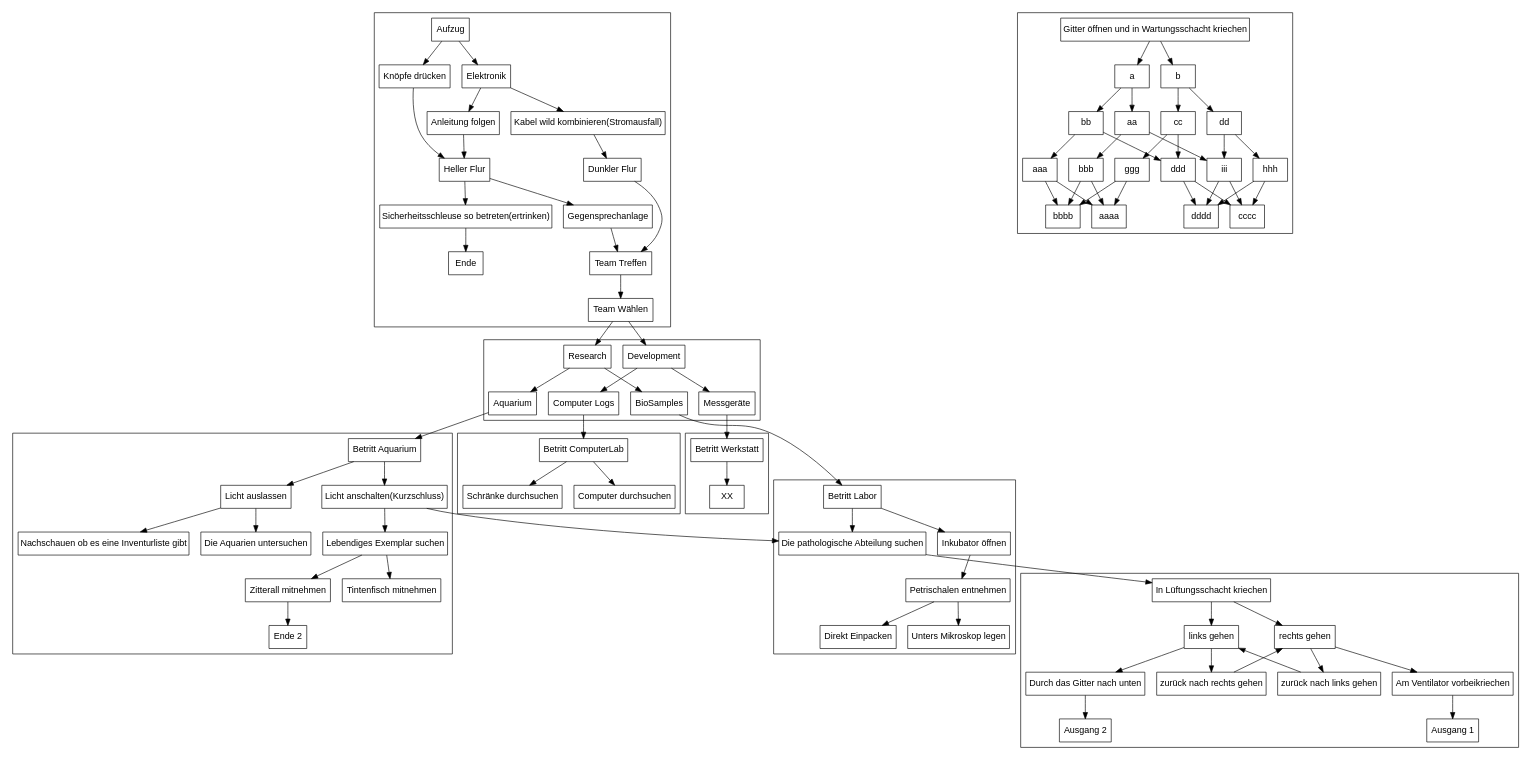
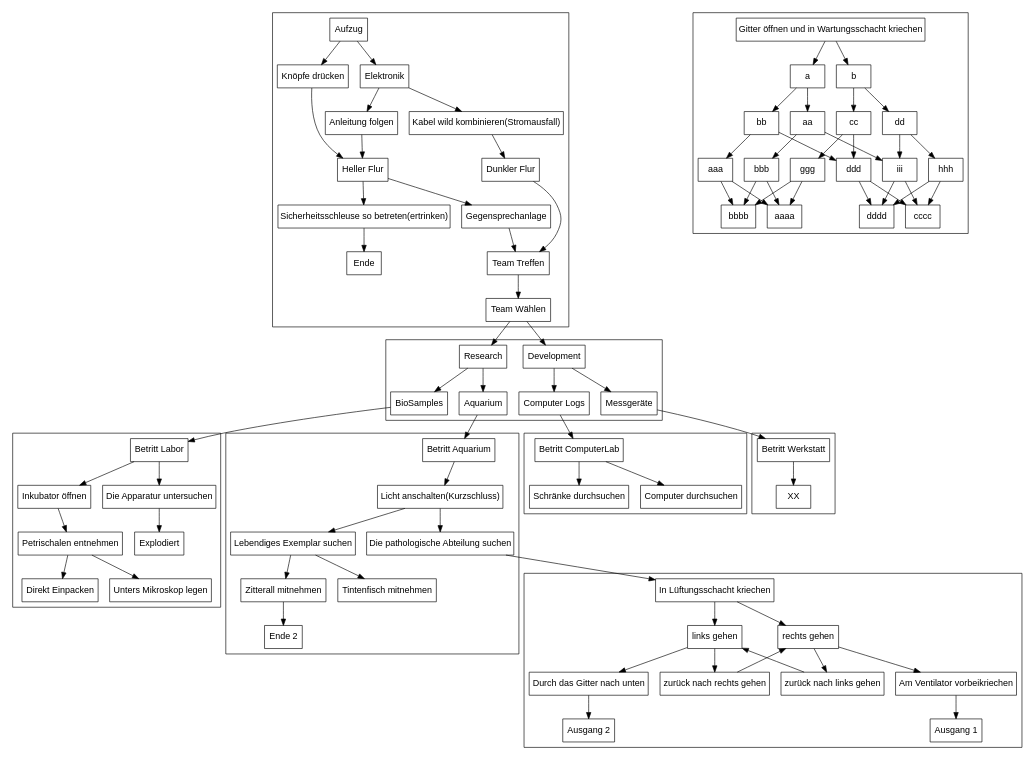
One commit to AWachtendorf/ChooseYourPath changed the diagram in Assets/Resources/Jsons/story.dot. Above: the diagram before and after it, drawn with Graphviz. The commit also changed 3 other files, not shown here.

```diff
--- a/Assets/Resources/Jsons/story.dot
+++ b/Assets/Resources/Jsons/story.dot
@@ -1,87 +1,89 @@
 digraph L {
   node [shape=record fontname=Arial];
 
 subgraph cluster_Anfang{
 "Aufzug" -> {"Knöpfe drücken"  "Elektronik"} 
 "Elektronik" -> {"Kabel wild kombinieren(Stromausfall)" "Anleitung folgen"}
 "Kabel wild kombinieren(Stromausfall)" -> "Dunkler Flur"
 {"Knöpfe drücken" "Anleitung folgen"} 
 -> "Heller Flur" -> {"Sicherheitsschleuse so betreten(ertrinken)" "Gegensprechanlage"}
 "Sicherheitsschleuse so betreten(ertrinken)" -> "Ende"
 {"Gegensprechanlage" "Dunkler Flur"} -> "Team Treffen" -> "Team Wählen"
 }
 
 subgraph cluster_Team{
 "Team Wählen" -> {"Research" "Development"}
 "Research" -> {"BioSamples" "Aquarium"}
 "Development" -> {"Computer Logs" "Messgeräte"}
 }
 
 "Computer Logs" -> "Betritt ComputerLab"
 "Aquarium" -> "Betritt Aquarium"
 "BioSamples" -> "Betritt Labor"
 "Messgeräte" -> "Betritt Werkstatt"
 
 
 subgraph cluster_Research{
 "Betritt ComputerLab" -> {"Schränke durchsuchen" "Computer durchsuchen"}
 }
 
 subgraph cluster_Development{
 "Betritt Werkstatt" -> "XX"
 }
 
 subgraph cluster_BioSamples{
-"Betritt Labor" -> {"Inkubator öffnen", "Die pathologische Abteilung suchen"}
+"Betritt Labor" -> {"Inkubator öffnen", "Die Apparatur untersuchen"}
 "Inkubator öffnen"->"Petrischalen entnehmen"->{"Direkt Einpacken","Unters Mikroskop legen"}
+
+"Die Apparatur untersuchen"->"Explodiert"
 
 }
 
 subgraph cluster_Aquarium{
-"Betritt Aquarium" -> {"Licht anschalten(Kurzschluss)" "Licht auslassen"}
+"Betritt Aquarium" -> {"Licht anschalten(Kurzschluss)"}
 "Licht anschalten(Kurzschluss)" -> {"Lebendiges Exemplar suchen","Die pathologische Abteilung suchen"}
 "Lebendiges Exemplar suchen" -> {"Zitterall mitnehmen","Tintenfisch mitnehmen"}
 "Zitterall mitnehmen"->"Ende 2"
 
-"Licht auslassen" -> {"Die Aquarien untersuchen","Nachschauen ob es eine Inventurliste gibt"}
+
 
 }
 
 "Die pathologische Abteilung suchen" -> "In Lüftungsschacht kriechen"
 
 subgraph cluster_Lüftungsschacht{
 
 rank = same; "links gehen"; "rechts gehen"; 
 
 "In Lüftungsschacht kriechen" -> {"links gehen" "rechts gehen"}
 
 "rechts gehen"-> {"Am Ventilator vorbeikriechen"  "zurück nach links gehen"}
 "links gehen" -> {"Durch das Gitter nach unten"  "zurück nach rechts gehen"} 
 
 "zurück nach links gehen"->"links gehen"
 "zurück nach rechts gehen" ->"rechts gehen"
 
 "Am Ventilator vorbeikriechen" -> "Ausgang 1"
 "Durch das Gitter nach unten" -> "Ausgang 2"
 }
 
 
 
 
 subgraph cluster_Wartungsschacht{
 "Gitter öffnen und in Wartungsschacht kriechen" -> {"a","b"}
 "a"->{"aa","bb"}
 "b"->{"cc","dd"}
 
 "aa"->{"iii","bbb"}
 "bb"->{"aaa","ddd"}
 
 "cc"->{"ddd","ggg"}
 "dd"->{"hhh","iii"}
 
 {"aaa","bbb","ggg"}->{"aaaa","bbbb"}
 {"iii","hhh","ddd"}->{"cccc","dddd"}
 
 }
 
 } 
```
